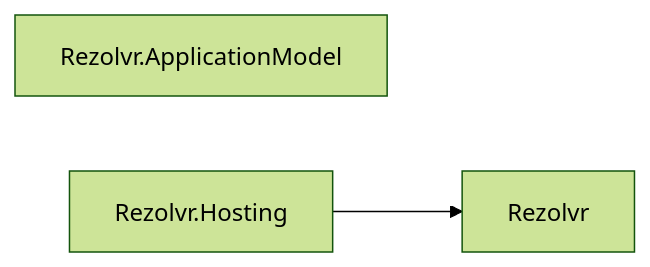
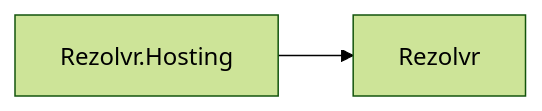
Before and after one commit to assimalign/cohesion: diagram 24 of 27 in docs/DEPENDENCIES.md, drawn with Mermaid (forest theme). The commit also changed other lines of this file and 441 other files, not shown here.

````diff
--- a/docs/DEPENDENCIES.md
+++ b/docs/DEPENDENCIES.md
@@ -895,7 +867,6 @@
 ```mermaid
 flowchart LR
     N0["Rezolvr"]
-    N1["Rezolvr.ApplicationModel"]
-    N2["Rezolvr.Hosting"]
-    N2 --> N0
+    N1["Rezolvr.Hosting"]
+    N1 --> N0
 ```
````
